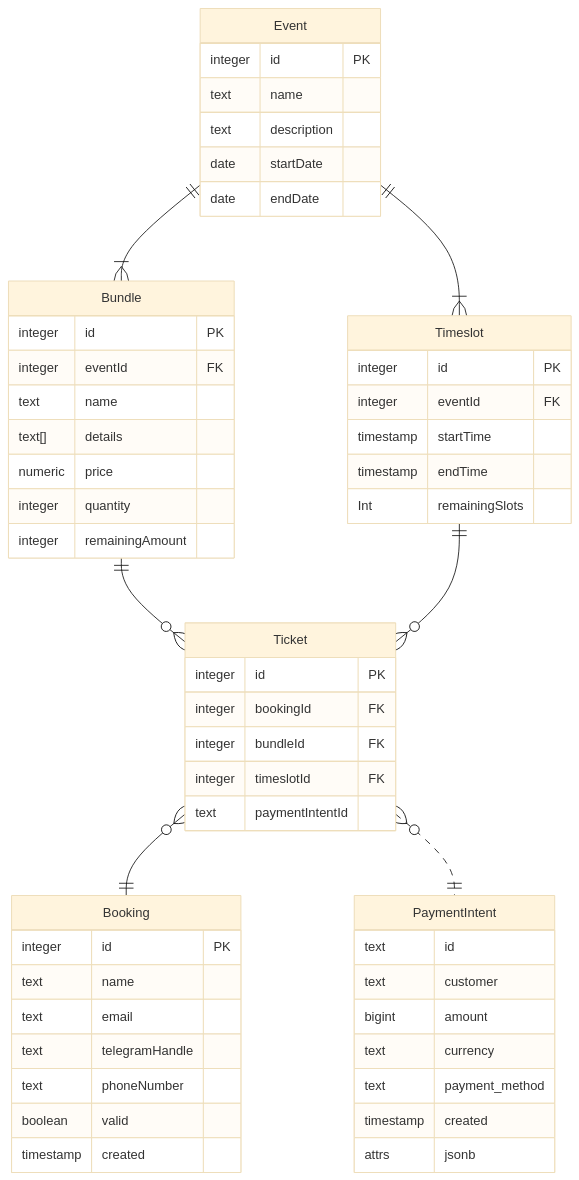
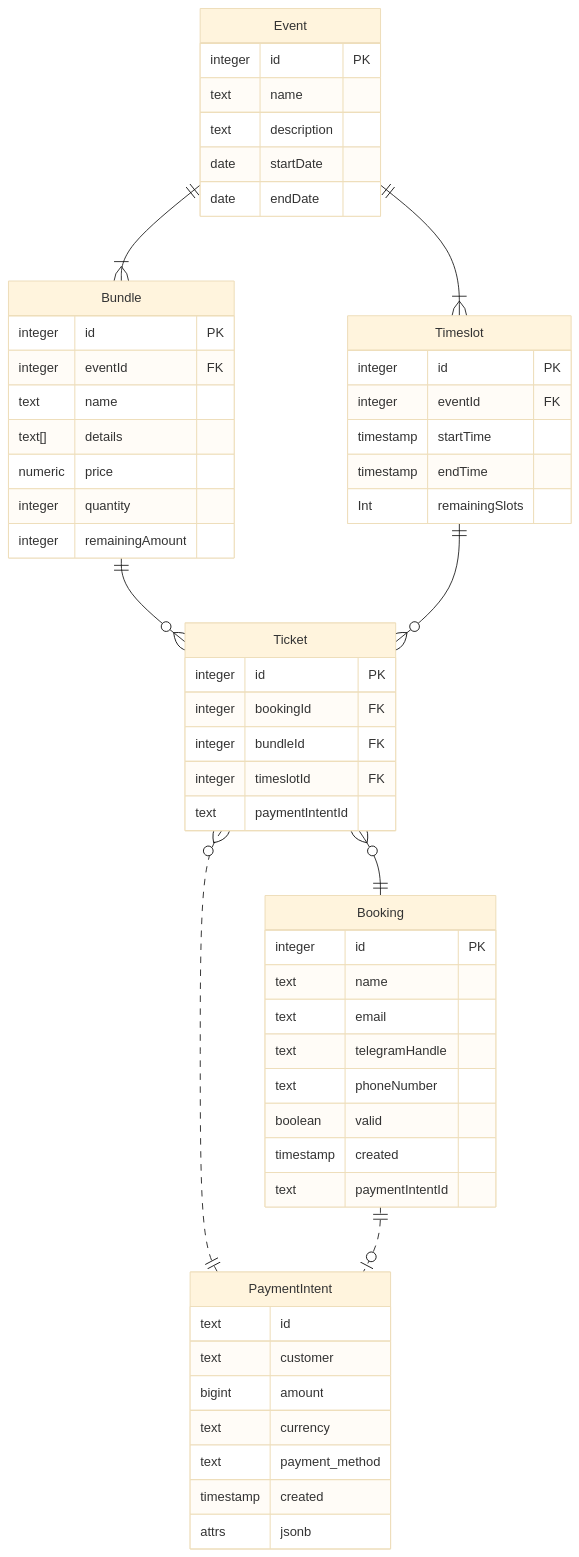
One commit to GTD-IT-XXIV/gtd-xxvi-website changed the second of 2 diagrams in docs/er-diagram.md. Above: the diagram before and after it, drawn with Mermaid (base theme). The commit also changed other lines of this file and 3 other files, not shown here.

First line of the commit message:
feat: update schema & docs

````diff
--- a/docs/er-diagram.md
+++ b/docs/er-diagram.md
@@ -56,58 +57,60 @@
 ```mermaid
 erDiagram
   Event {
     integer id PK
     text name
     text description
     date startDate
     date endDate
   }
   Bundle {
     integer id PK
     integer eventId FK
     text name
     text[] details
     numeric price
     integer quantity
     integer remainingAmount
   }
   Timeslot {
     integer id PK
     integer eventId FK
     timestamp startTime
     timestamp endTime
     Int remainingSlots
   }
   Ticket {
     integer id PK
     integer bookingId FK
     integer bundleId FK
     integer timeslotId FK
     text paymentIntentId
   }
   Booking {
     integer id PK
     text name
     text email
     text telegramHandle
     text phoneNumber
     boolean valid
     timestamp created
+    text paymentIntentId
   }
   PaymentIntent {
     text id
     text customer
     bigint amount
     text currency
     text payment_method
     timestamp created
     attrs jsonb
   }
 
   Event ||--|{ Bundle : ""
   Event ||--|{ Timeslot : ""
   Bundle ||--o{ Ticket : ""
   Timeslot ||--o{ Ticket : ""
   Ticket }o--|| Booking : ""
   Ticket }o..|| PaymentIntent: ""
+  Booking ||..o| PaymentIntent: ""
 ```
````
